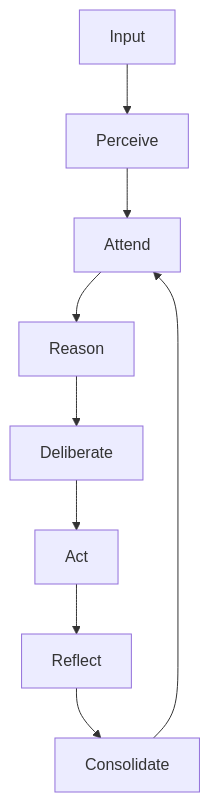
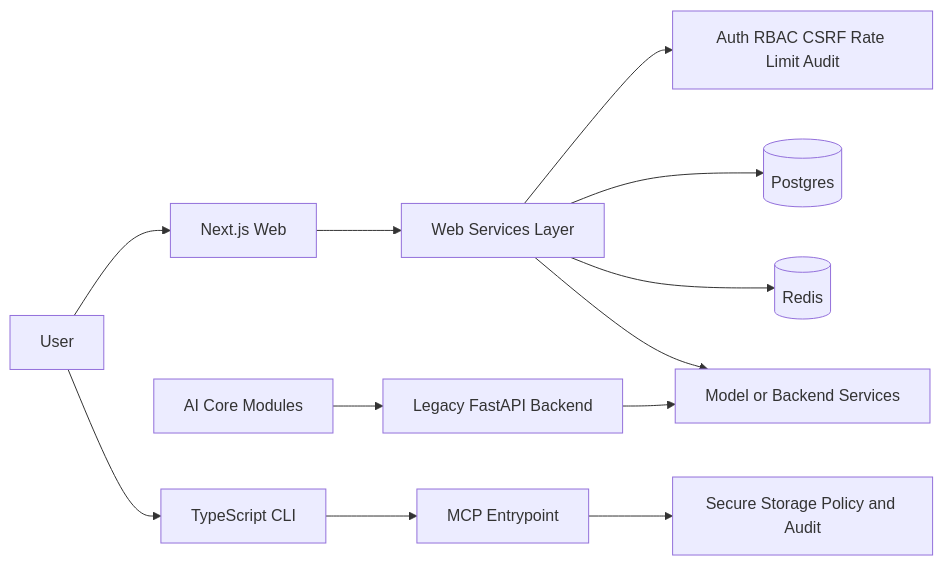
One commit to Tashima-Tarsh/Disha changed the diagram in README.md. Above: the diagram before and after it, drawn with Mermaid. The commit also changed other lines of this file and 19 other files, not shown here.

Commit message:
Overhaul repository documentation and architecture guides

````diff
--- a/README.md
+++ b/README.md
@@ -60,11 +37,14 @@
 ```mermaid
-graph TD
-    A[Input] --> B[Perceive]
-    B --> C[Attend]
-    C --> D[Reason]
-    D --> E[Deliberate]
-    E --> F[Act]
-    F --> G[Reflect]
-    G --> H[Consolidate]
-    H --> C
+flowchart LR
+    U[User] --> W[Next.js Web]
+    U --> C[TypeScript CLI]
+    W --> WS[Web Services Layer]
+    WS --> SEC[Auth RBAC CSRF Rate Limit Audit]
+    WS --> DB[(Postgres)]
+    WS --> REDIS[(Redis)]
+    WS --> EXT[Model or Backend Services]
+    C --> MCP[MCP Entrypoint]
+    MCP --> CSEC[Secure Storage Policy and Audit]
+    LEG[Legacy FastAPI Backend] --> EXT
+    CORE[AI Core Modules] --> LEG
 ```
````
